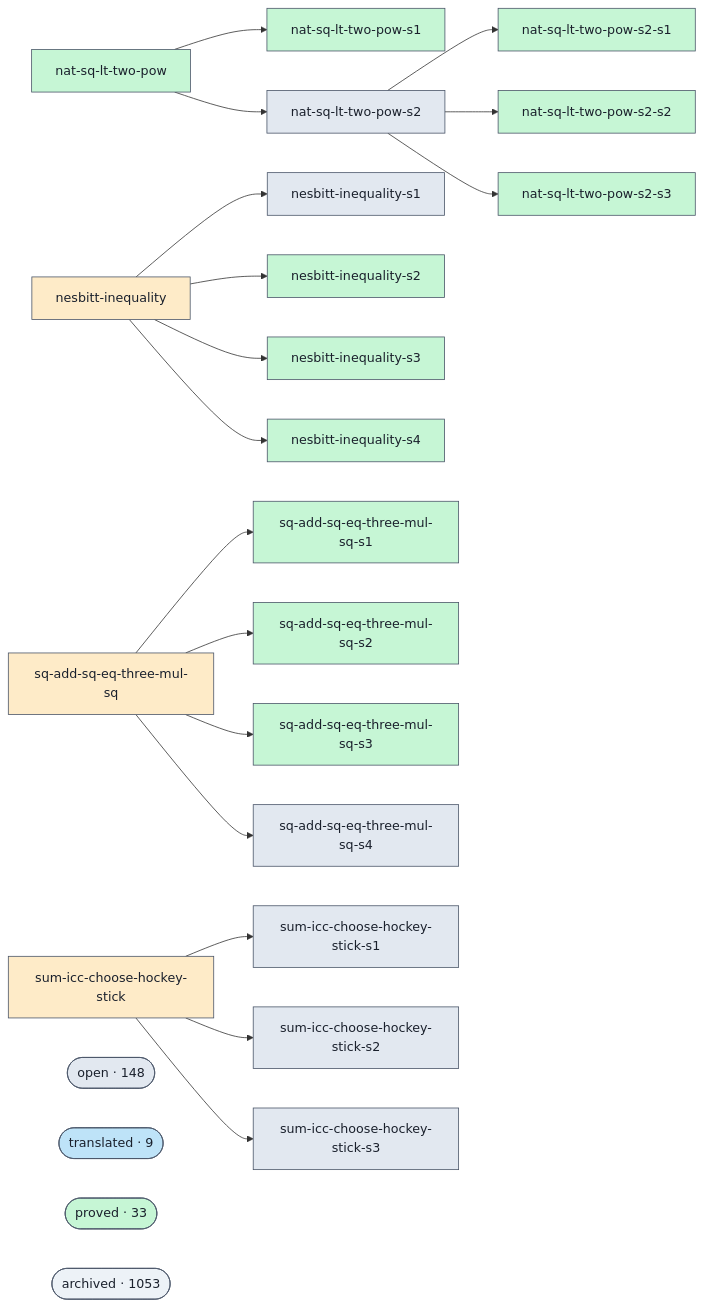
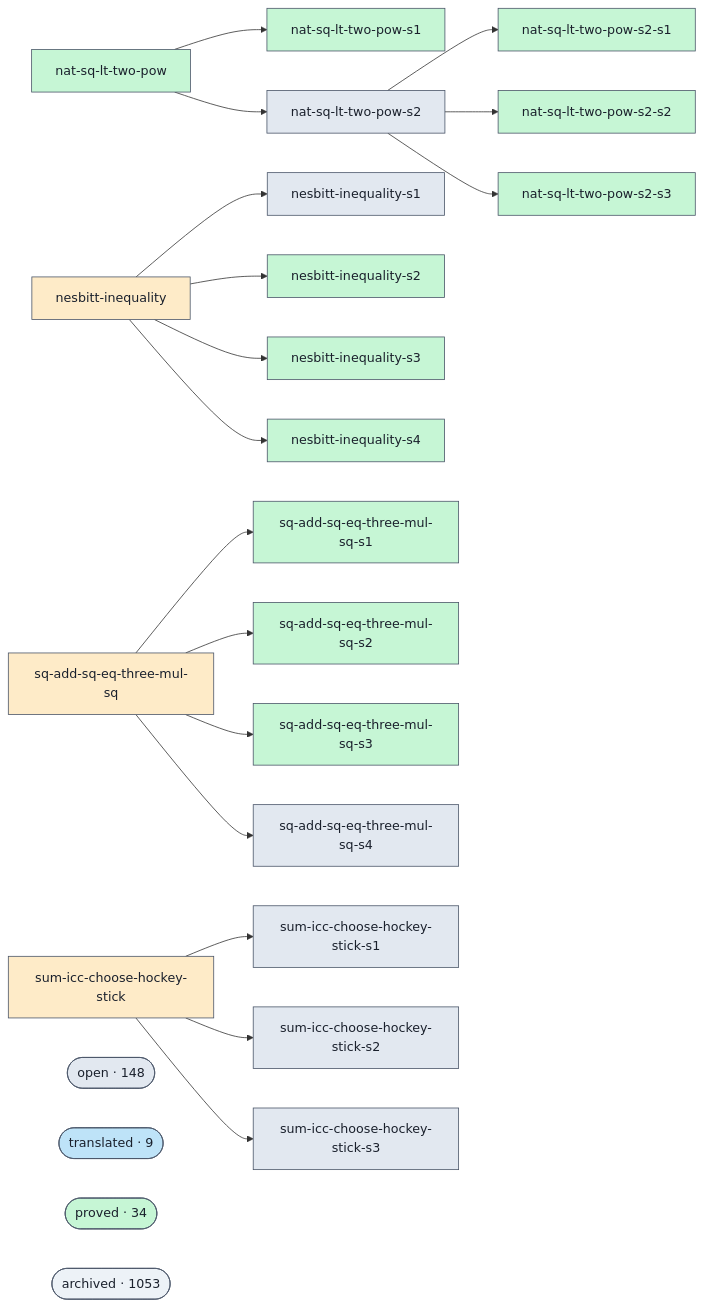
The diagram in docs/proofs-contributors-visualisation.md (ohdearquant/unsorry), drawn with Mermaid before and after one commit. The commit also changed other lines of this file and 2 other files, not shown here.

```diff
--- a/docs/proofs-contributors-visualisation.md
+++ b/docs/proofs-contributors-visualisation.md
@@ -102,7 +102,7 @@
   class cluster_open open;
   cluster_translated(["translated · 9"])
   class cluster_translated translated;
-  cluster_proved(["proved · 33"])
+  cluster_proved(["proved · 34"])
   class cluster_proved proved;
   cluster_archived(["archived · 1053"])
   class cluster_archived unknown;
```
